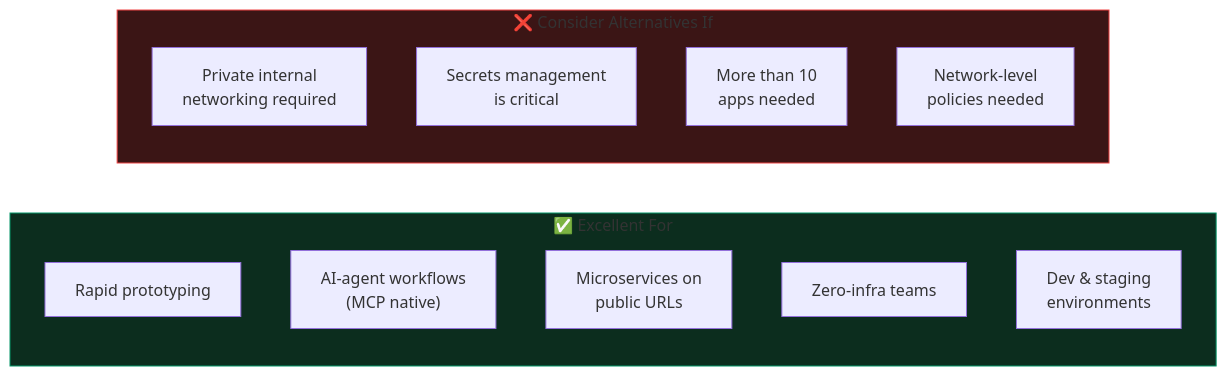
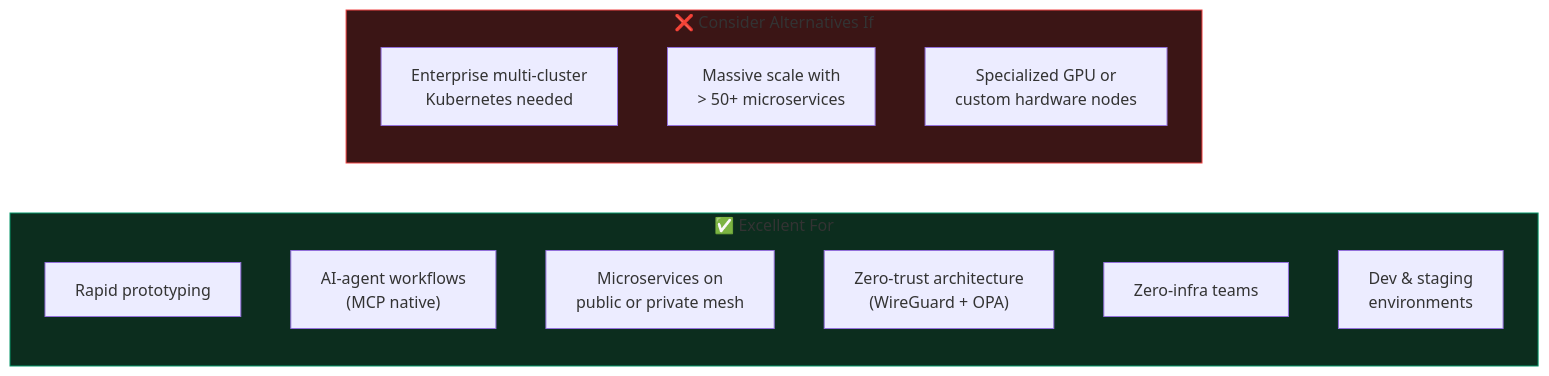
Before and after one commit to ZiadMahmoud2003/cumin-soc: diagram 15 of 15 in docs/REPORT.md, drawn with Mermaid. The commit also changed other lines of this file and 1 other file, not shown here.

First line of the commit message:
docs: Add deep dive on WireGuard mesh & OPA Network Policy

````diff
--- a/docs/REPORT.md
+++ b/docs/REPORT.md
@@ -876,18 +970,18 @@
 ```mermaid
 graph LR
     subgraph YES["✅ Excellent For"]
         Y1["Rapid prototyping"]
         Y2["AI-agent workflows\n(MCP native)"]
-        Y3["Microservices on\npublic URLs"]
-        Y4["Zero-infra teams"]
-        Y5["Dev & staging\nenvironments"]
+        Y3["Microservices on\npublic or private mesh"]
+        Y4["Zero-trust architecture\n(WireGuard + OPA)"]
+        Y5["Zero-infra teams"]
+        Y6["Dev & staging\nenvironments"]
     end
     subgraph NO["❌ Consider Alternatives If"]
-        N1["Private internal\nnetworking required"]
-        N2["Secrets management\nis critical"]
-        N3["More than 10\napps needed"]
-        N4["Network-level\npolicies needed"]
+        N1["Enterprise multi-cluster\nKubernetes needed"]
+        N2["Massive scale with\n> 50+ microservices"]
+        N3["Specialized GPU or\ncustom hardware nodes"]
     end
     style YES fill:#0c2d1e,stroke:#059669
     style NO fill:#3b1515,stroke:#ef4444
 ```
````
